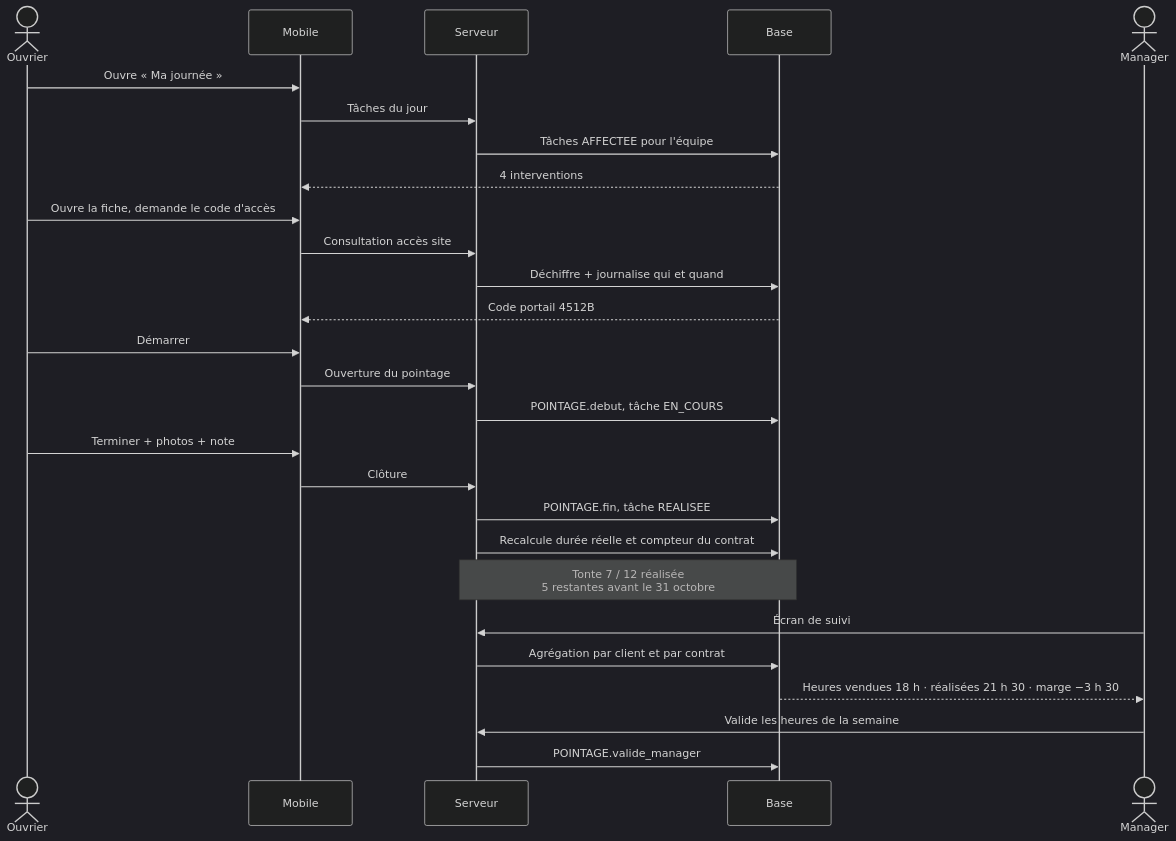
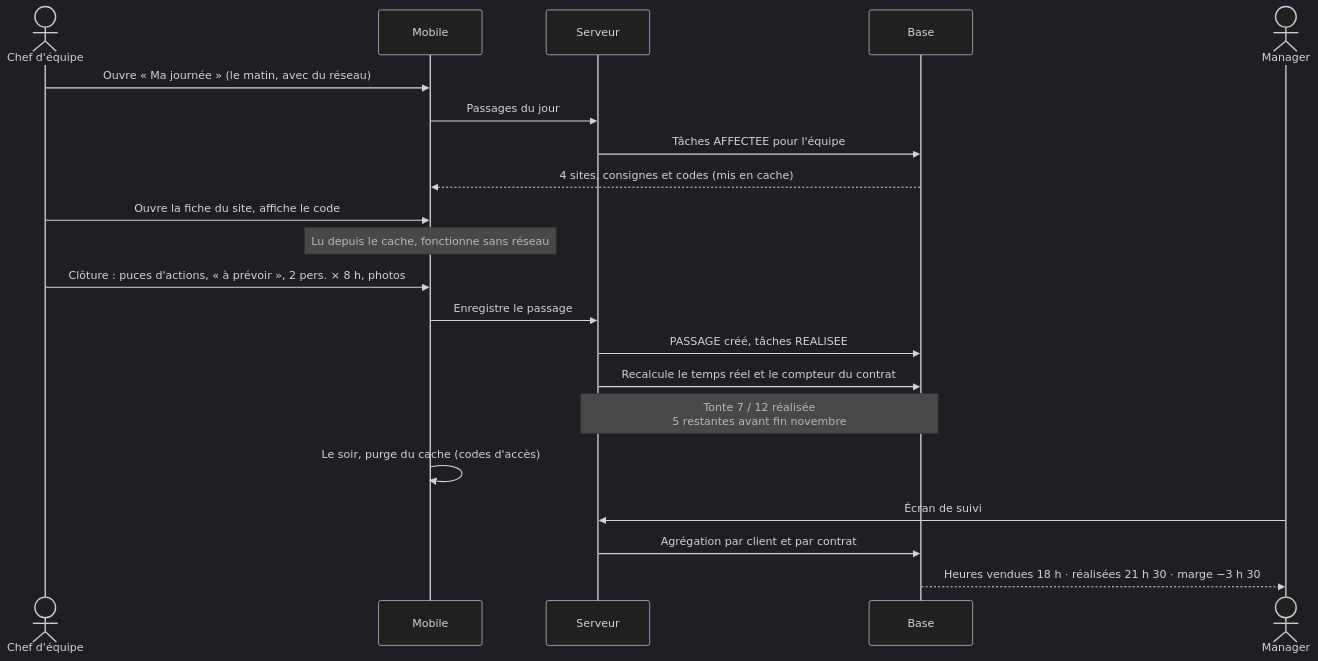
One commit to sladinji/Planisage changed the sixth of 9 diagrams in docs/02-conception-poc.md. Above: the diagram before and after it, drawn with Mermaid (dark theme). The commit also changed other lines of this file and 2 other files, not shown here.

Commit message:
docs: réponses au cadrage, conception mise à jour et choix multi-tenant

````diff
--- a/docs/02-conception-poc.md
+++ b/docs/02-conception-poc.md
@@ -312,35 +369,29 @@
 ```mermaid
 sequenceDiagram
-    actor O as Ouvrier
+    actor C as Chef d'équipe
     participant M as Mobile
     participant API as Serveur
     participant DB as Base
     actor G as Manager
 
-    O->>M: Ouvre « Ma journée »
-    M->>API: Tâches du jour
+    C->>M: Ouvre « Ma journée » (le matin, avec du réseau)
+    M->>API: Passages du jour
     API->>DB: Tâches AFFECTEE pour l'équipe
-    DB-->>M: 4 interventions
+    DB-->>M: 4 sites, consignes et codes (mis en cache)
 
-    O->>M: Ouvre la fiche, demande le code d'accès
-    M->>API: Consultation accès site
-    API->>DB: Déchiffre + journalise qui et quand
-    DB-->>M: Code portail 4512B
+    C->>M: Ouvre la fiche du site, affiche le code
+    Note over M: Lu depuis le cache, fonctionne sans réseau
 
-    O->>M: Démarrer
-    M->>API: Ouverture du pointage
-    API->>DB: POINTAGE.debut, tâche EN_COURS
+    C->>M: Clôture : puces d'actions, « à prévoir », 2 pers. × 8 h, photos
+    M->>API: Enregistre le passage
+    API->>DB: PASSAGE créé, tâches REALISEE
+    API->>DB: Recalcule le temps réel et le compteur du contrat
 
-    O->>M: Terminer + photos + note
-    M->>API: Clôture
-    API->>DB: POINTAGE.fin, tâche REALISEE
-    API->>DB: Recalcule durée réelle et compteur du contrat
+    Note over API,DB: Tonte 7 / 12 réalisée<br/>5 restantes avant fin novembre
 
-    Note over API,DB: Tonte 7 / 12 réalisée<br/>5 restantes avant le 31 octobre
+    M->>M: Le soir, purge du cache (codes d'accès)
 
     G->>API: Écran de suivi
     API->>DB: Agrégation par client et par contrat
     DB-->>G: Heures vendues 18 h · réalisées 21 h 30 · marge −3 h 30
-    G->>API: Valide les heures de la semaine
-    API->>DB: POINTAGE.valide_manager
 ```
````
